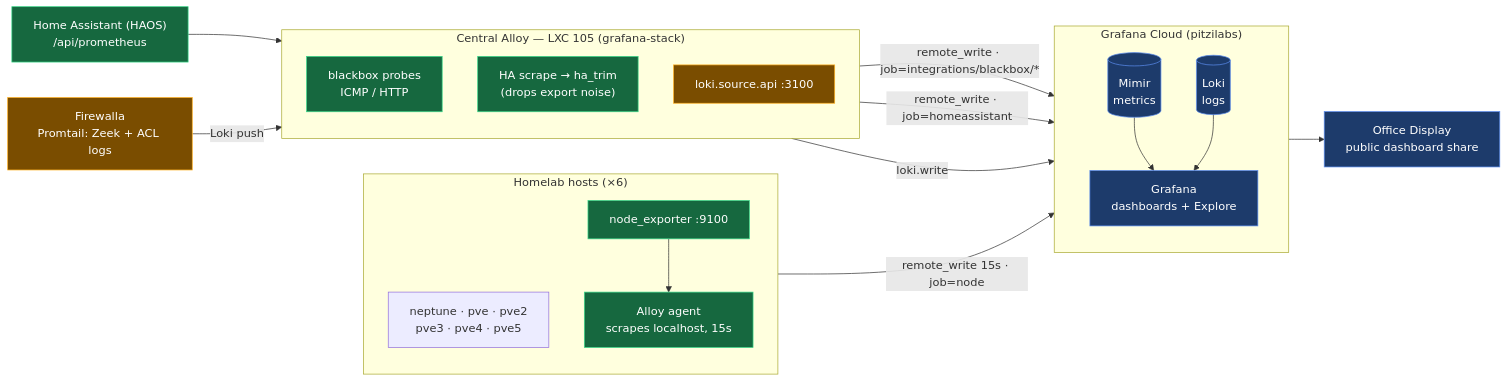
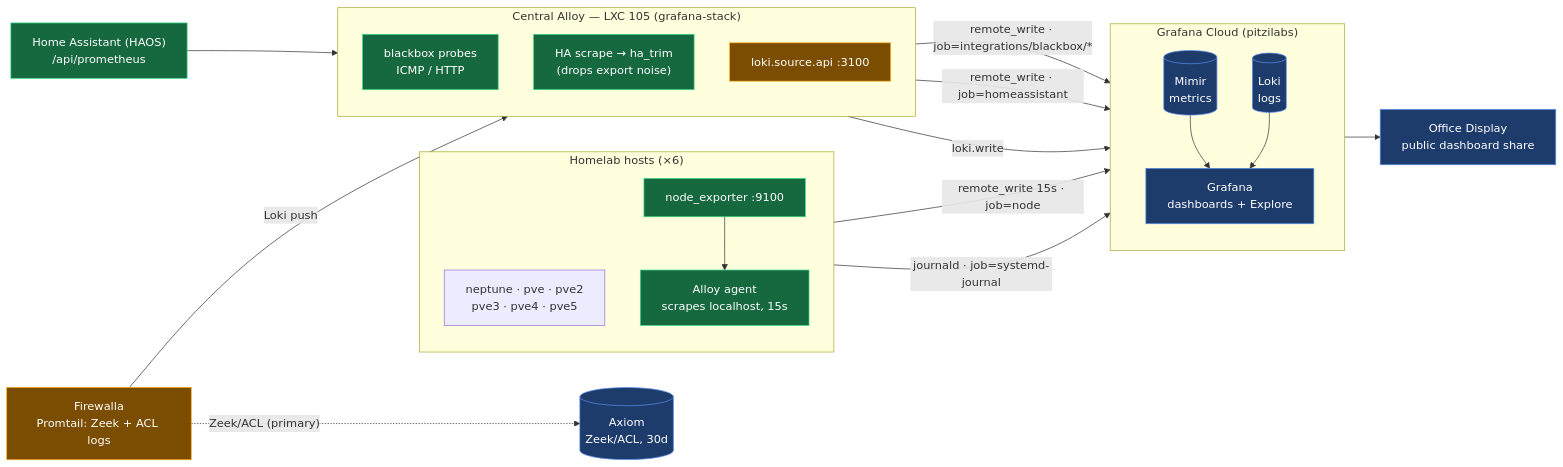
Before and after one commit to PitziLabs/homelab-observability: the first of 2 diagrams in docs/metrics-flow.md, drawn with Mermaid. The commit also changed other lines of this file and 1 other file, not shown here.

First line of the commit message:
deploy-alloy.sh: ship host systemd journal to Loki (ops logs) (#59)

````diff
--- a/docs/metrics-flow.md
+++ b/docs/metrics-flow.md
@@ -8,46 +8,49 @@
 ```mermaid
 flowchart LR
   subgraph hosts["Homelab hosts (×6)"]
     direction TB
     names["neptune · pve · pve2<br/>pve3 · pve4 · pve5"]
     ne["node_exporter :9100"]
     agent["Alloy agent<br/>scrapes localhost, 15s"]
     ne --> agent
   end
 
   haos["Home Assistant (HAOS)<br/>/api/prometheus"]
   fw["Firewalla<br/>Promtail: Zeek + ACL logs"]
 
   subgraph central["Central Alloy — LXC 105 (grafana-stack)"]
     direction TB
     bb["blackbox probes<br/>ICMP / HTTP"]
     hascrape["HA scrape → ha_trim<br/>(drops export noise)"]
     lokirecv["loki.source.api :3100"]
   end
 
   subgraph cloud["Grafana Cloud (pitzilabs)"]
     direction TB
     mimir[("Mimir<br/>metrics")]
     lokidb[("Loki<br/>logs")]
     grafana["Grafana<br/>dashboards + Explore"]
     mimir --> grafana
     lokidb --> grafana
   end
 
   display["Office Display<br/>public dashboard share"]
+  axiom[("Axiom<br/>Zeek/ACL, 30d")]
 
   agent -- "remote_write 15s · job=node" --> mimir
+  agent -- "journald · job=systemd-journal" --> lokidb
   haos --> hascrape
   bb -- "remote_write · job=integrations/blackbox/*" --> mimir
   hascrape -- "remote_write · job=homeassistant" --> mimir
   fw -- "Loki push" --> lokirecv
+  fw -. "Zeek/ACL (primary)" .-> axiom
   lokirecv -- "loki.write" --> lokidb
   grafana --> display
 
   classDef metric fill:#16683f,stroke:#39d98a,color:#fff;
   classDef logs fill:#7a4d00,stroke:#ffb020,color:#fff;
   classDef sink fill:#1d3b6b,stroke:#5b8def,color:#fff;
   class ne,agent,bb,hascrape,haos metric;
   class fw,lokirecv logs;
-  class mimir,lokidb,grafana,display sink;
+  class mimir,lokidb,grafana,display,axiom sink;
 ```
````
